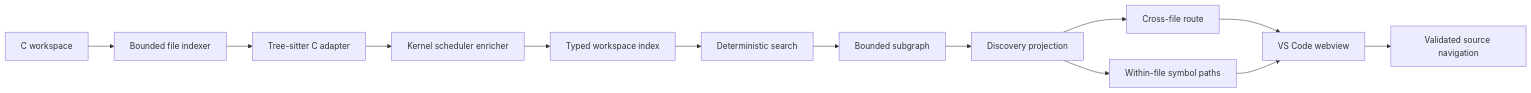
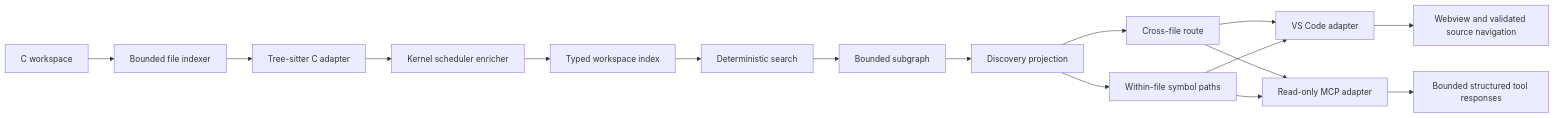
The diagram in docs/architecture.md (crankysmh47/CodeTrail), drawn with Mermaid before and after one commit. The commit also changed other lines of this file and 11 other files, not shown here.

````diff
--- a/docs/architecture.md
+++ b/docs/architecture.md
@@ -5,15 +5,18 @@
 ```mermaid
 flowchart LR
     A["C workspace"] --> B["Bounded file indexer"]
     B --> C["Tree-sitter C adapter"]
     C --> D["Kernel scheduler enricher"]
     D --> E["Typed workspace index"]
     E --> F["Deterministic search"]
     F --> G["Bounded subgraph"]
     G --> H["Discovery projection"]
     H --> I["Cross-file route"]
     H --> J["Within-file symbol paths"]
-    I --> K["VS Code webview"]
+    I --> K["VS Code adapter"]
     J --> K
-    K --> L["Validated source navigation"]
+    K --> L["Webview and validated source navigation"]
+    I --> M["Read-only MCP adapter"]
+    J --> M
+    M --> N["Bounded structured tool responses"]
 ```
````
